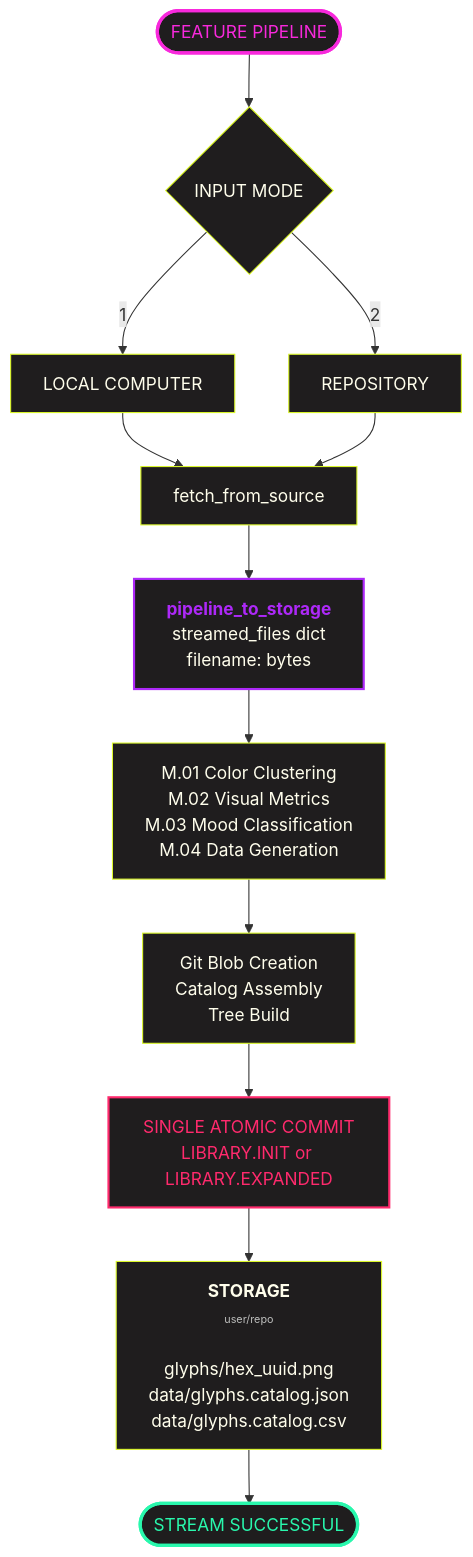
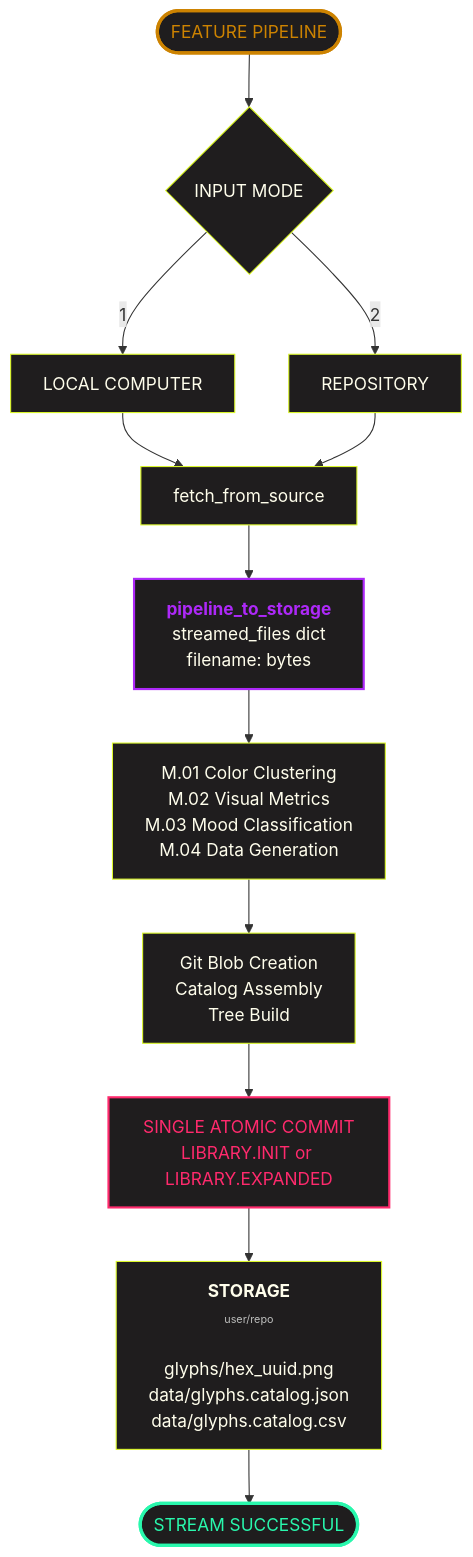
The second of 2 diagrams in README.md (dduyg/sandbox), drawn with Mermaid before and after one commit.

````diff
--- a/README.md
+++ b/README.md
@@ -96,34 +96,34 @@
 ```mermaid
 flowchart TD
     Start([FEATURE PIPELINE]) --> InputMode{INPUT MODE}
     
     InputMode -->|1| Local["LOCAL COMPUTER"]
     InputMode -->|2| Remote["REPOSITORY"]
     
     Local --> Fetch["fetch_from_source"]
     Remote --> Fetch
     
     Fetch --> Pipeline["<b>pipeline_to_storage</b><br/><span style='color:#FFFEEC'>streamed_files dict<br/>filename: bytes</span>"]
     
     Pipeline --> Processing["M.01 Color Clustering<br/>M.02 Visual Metrics<br/>M.03 Mood Classification<br/>M.04 Data Generation"]
     
     Processing --> GitOps["Git Blob Creation<br/>Catalog Assembly<br/>Tree Build"]
     
     GitOps --> Commit[SINGLE ATOMIC COMMIT<br/>LIBRARY.INIT or LIBRARY.EXPANDED]
     
     Commit --> Storage["<b>STORAGE</b><br/><span style='font-size:10px; color:#BDBEBD'>user/repo</span><br/><br/><span style='color:#FFFEEC'>glyphs/hex_uuid.png<br/>data/glyphs.catalog.json<br/>data/glyphs.catalog.csv</span>"]
     
     Storage --> Success([STREAM SUCCESSFUL])
     
-    style Start fill:#1F1D1E,stroke:#F829DC,stroke-width:3px,color:#F829DC
+    style Start fill:#1F1D1E,stroke:#CD8301,stroke-width:3px,color:#CD8301
     style Pipeline fill:#1F1D1E,stroke:#AD29F8,stroke-width:2px,color:#AD29F8
     style Commit fill:#1F1D1E,stroke:#ff2a6d,stroke-width:2px,color:#ff2a6d
     style Success fill:#1F1D1E,stroke:#29F8AD,stroke-width:3px,color:#29F8AD
     style Processing fill:#1F1D1E,stroke:#DCF829,stroke-width:1px,color:#FFFEEC
     style GitOps fill:#1F1D1E,stroke:#DCF829,stroke-width:1px,color:#FFFEEC
     style Storage fill:#1F1D1E,stroke:#DCF829,stroke-width:1px,color:#FFFEEC
     style InputMode fill:#1F1D1E,stroke:#DCF829,stroke-width:1px,color:#FFFEEC
     style Local fill:#1F1D1E,stroke:#DCF829,stroke-width:1px,color:#FFFEEC
     style Remote fill:#1F1D1E,stroke:#DCF829,stroke-width:1px,color:#FFFEEC
     style Fetch fill:#1F1D1E,stroke:#DCF829,stroke-width:1px,color:#FFFEEC
 ```
````
